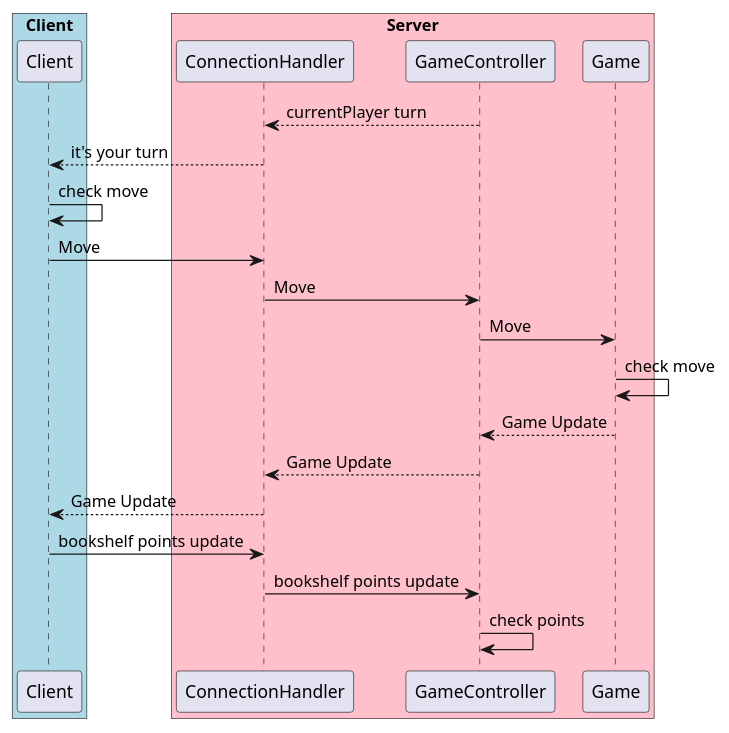
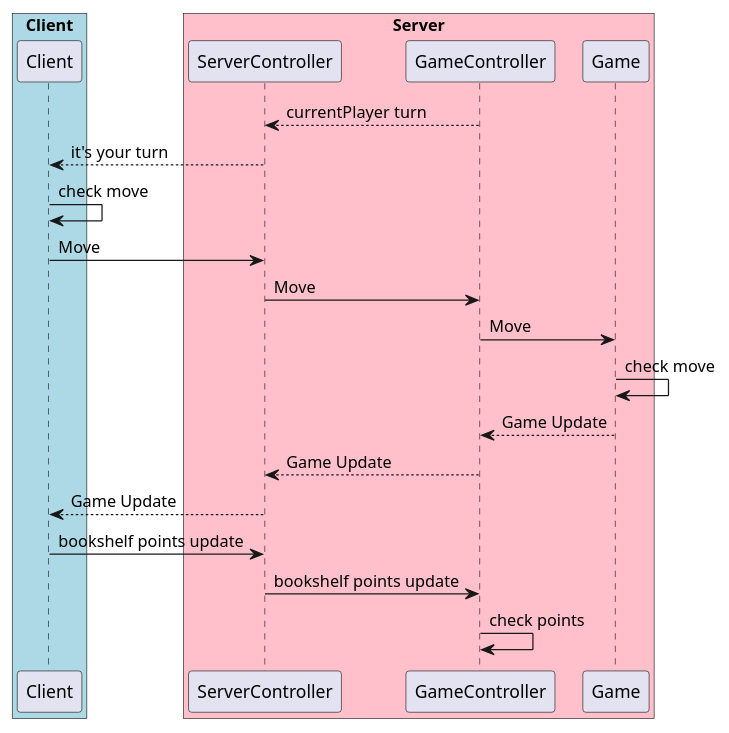
Before and after one commit to dltmtt/IS23-AM13: the diagram in docs/Sequence Diagram/Turn Phase.puml, drawn with PlantUML. The commit also changed 2 other files, not shown here.

```diff
--- a/docs/Sequence Diagram/Turn Phase.puml
+++ b/docs/Sequence Diagram/Turn Phase.puml
@@ -1,31 +1,32 @@
 @startuml
+
 
 box "Client" #LightBlue
 participant Client
 end box
 
 box "Server" #Pink
-participant ConnectionHandler
+participant ServerController
 participant GameController
 participant Game
 end box
 
-ConnectionHandler <-- GameController: currentPlayer turn
-ConnectionHandler -->Client: it's your turn
+ServerController <-- GameController: currentPlayer turn
+ServerController -->Client: it's your turn
 Client->Client: check move
-Client-> ConnectionHandler: Move
-ConnectionHandler->GameController: Move
+Client-> ServerController: Move
+ServerController->GameController: Move
 GameController->Game: Move
 Game->Game: check move
 Game--> GameController: Game Update
-GameController-->ConnectionHandler: Game Update
-ConnectionHandler-->Client: Game Update
-Client->ConnectionHandler: bookshelf points update
-ConnectionHandler->GameController: bookshelf points update
+GameController-->ServerController: Game Update
+ServerController-->Client: Game Update
+Client->ServerController: bookshelf points update
+ServerController->GameController: bookshelf points update
 GameController->GameController: check points
 
 
 
 
 
 @enduml
```
